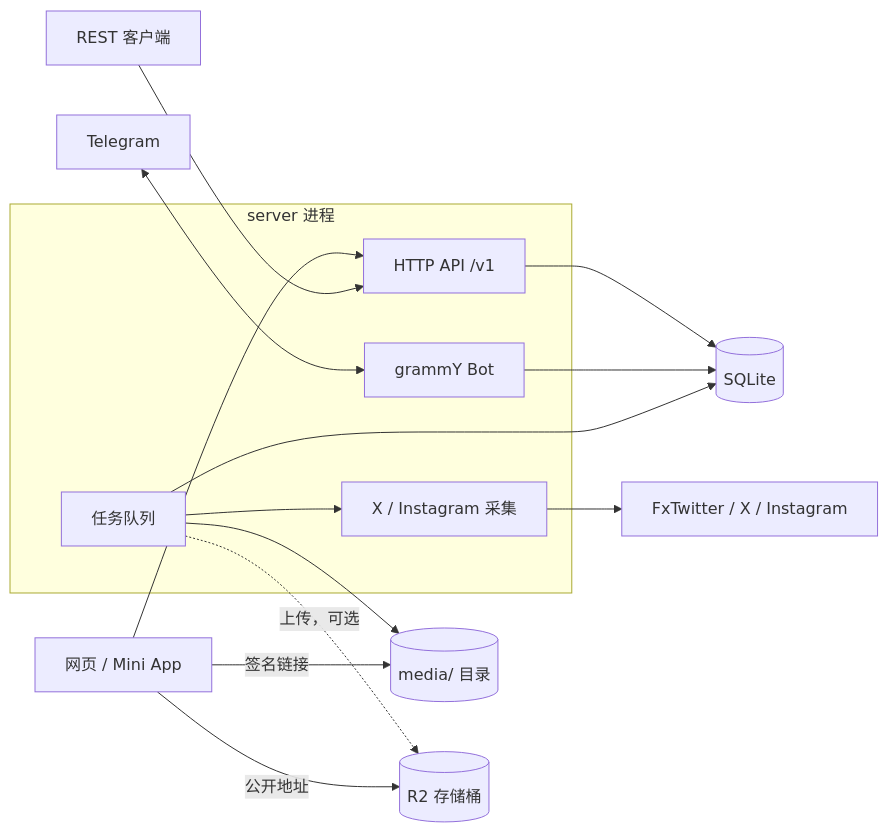
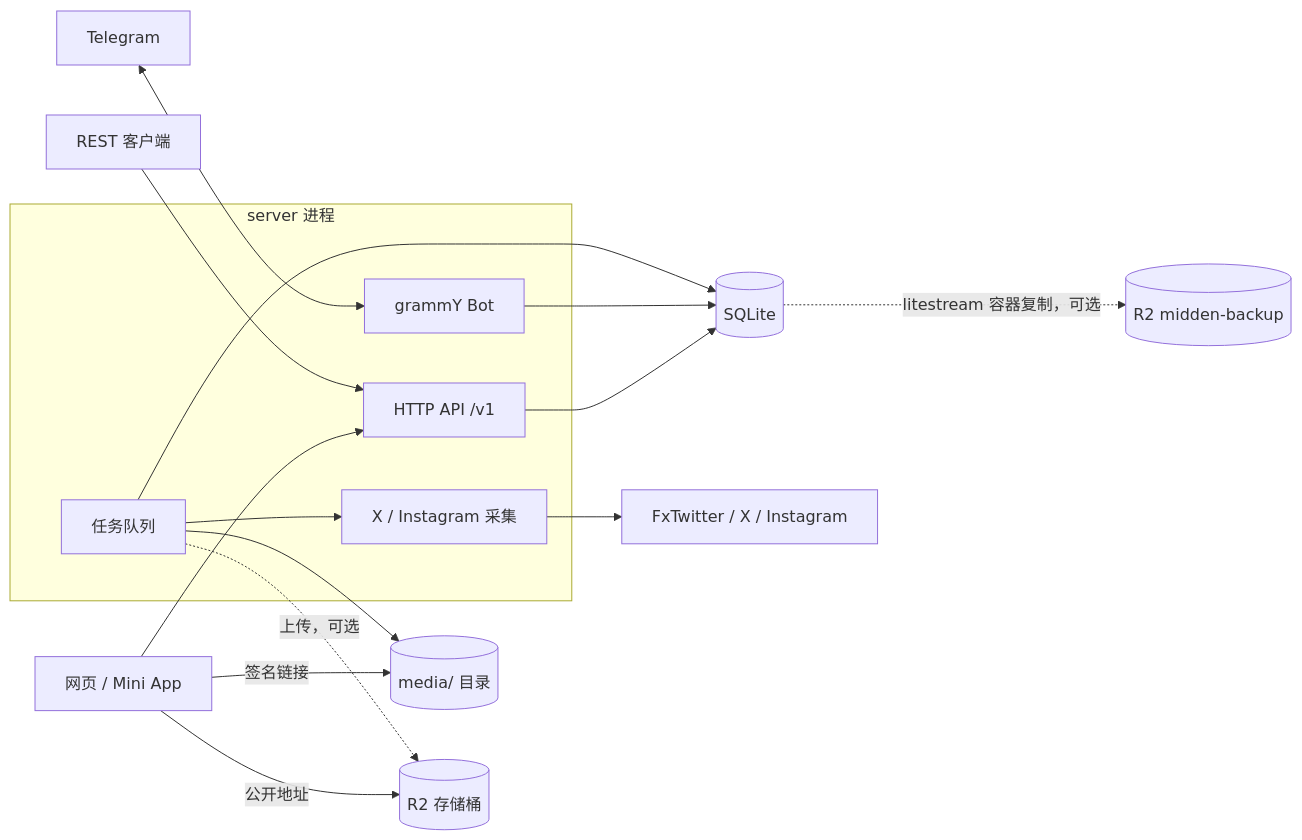
One commit to sxzz/midden changed the diagram in docs/architecture.md. Above: the diagram before and after it, drawn with Mermaid. The commit also changed other lines of this file and 4 other files, not shown here.

Commit message:
docs: describe the Litestream backup, its costs, monitoring and restore runbook

````diff
--- a/docs/architecture.md
+++ b/docs/architecture.md
@@ -5,21 +5,22 @@
 ```mermaid
 flowchart LR
     TG[Telegram] <--> Bot
     Web[网页 / Mini App] --> API
     Script[REST 客户端] --> API
     subgraph Server[server 进程]
         API[HTTP API /v1]
         Bot[grammY Bot]
         Queue[任务队列]
         Platforms[X / Instagram 采集]
     end
     API --> DB[(SQLite)]
     Bot --> DB
     Queue --> DB
     Queue --> Platforms
     Platforms --> Upstream[FxTwitter / X / Instagram]
     Queue --> Media[(media/ 目录)]
     Queue -.->|上传，可选| R2[(R2 存储桶)]
     Web -->|签名链接| Media
     Web -->|公开地址| R2
+    DB -.->|litestream 容器复制，可选| Backup[(R2 midden-backup)]
 ```
````
